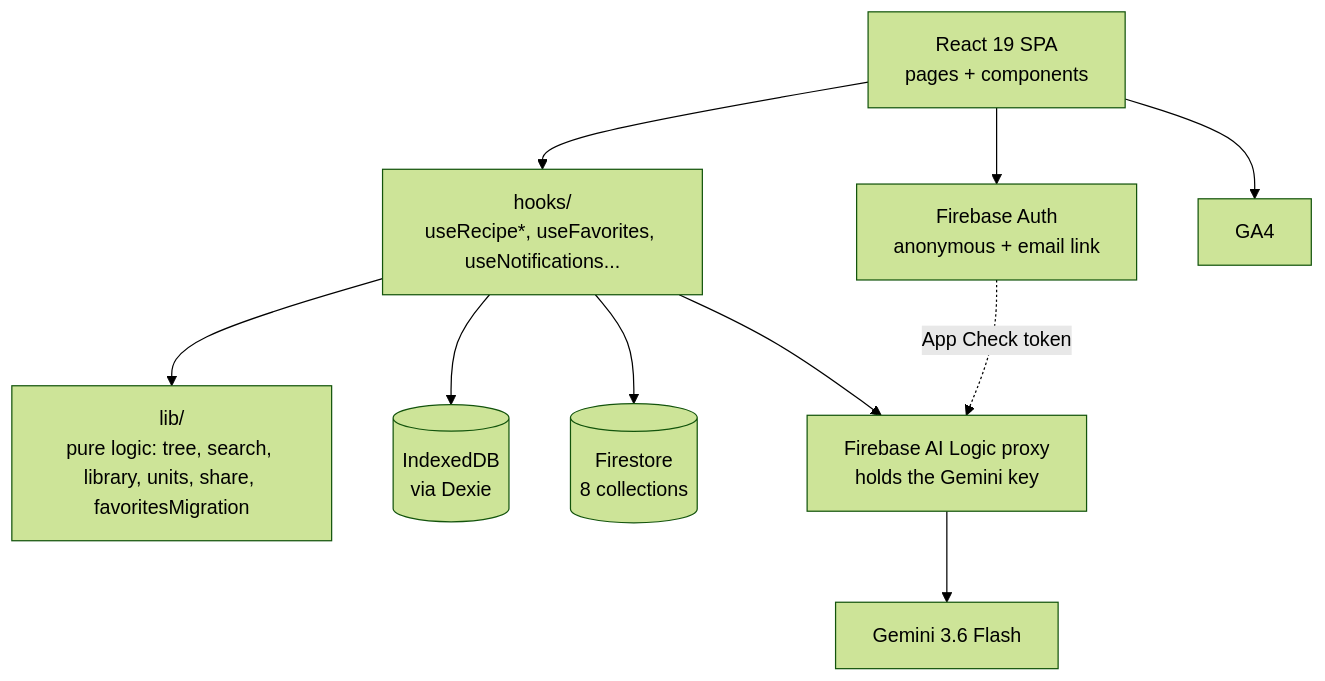
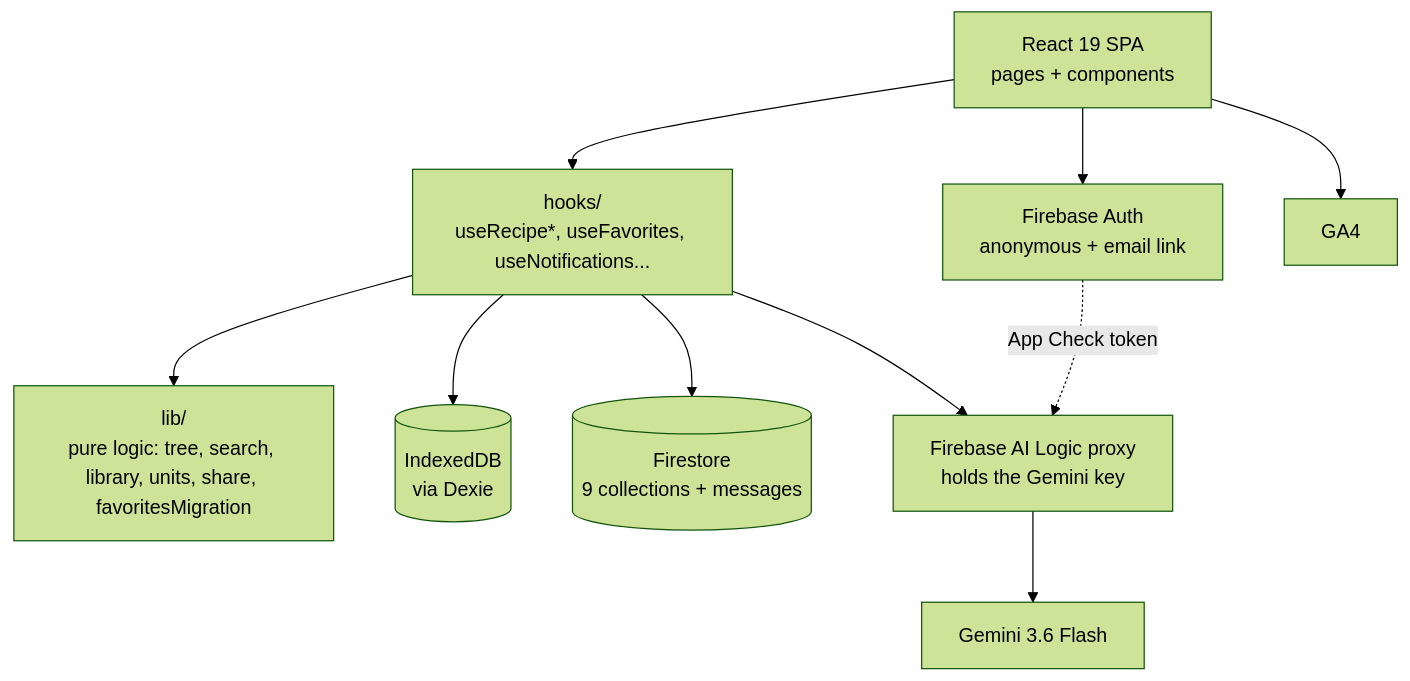
One commit to hpeppitt/recipe-app changed the diagram in docs/architecture.md. Above: the diagram before and after it, drawn with Mermaid (forest theme). The commit also changed other lines of this file and 27 other files, not shown here.

````diff
--- a/docs/architecture.md
+++ b/docs/architecture.md
@@ -12,22 +12,22 @@
 ```mermaid
 flowchart TD
     UI[React 19 SPA<br/>pages + components]
     Hooks[hooks/<br/>useRecipe*, useFavorites, useNotifications...]
     Lib[lib/<br/>pure logic: tree, search, library, units, share, favoritesMigration]
     Dexie[(IndexedDB<br/>via Dexie)]
-    FS[(Firestore<br/>8 collections)]
+    FS[(Firestore<br/>9 collections + messages)]
     Auth[Firebase Auth<br/>anonymous + email link]
     AILogic[Firebase AI Logic proxy<br/>holds the Gemini key]
     Gemini[Gemini 3.6 Flash]
     GA[GA4]
 
     UI --> Hooks
     Hooks --> Lib
     Hooks --> Dexie
     Hooks --> FS
     Hooks --> AILogic
     UI --> Auth
     AILogic --> Gemini
     UI --> GA
     Auth -. App Check token .-> AILogic
 ```
````
